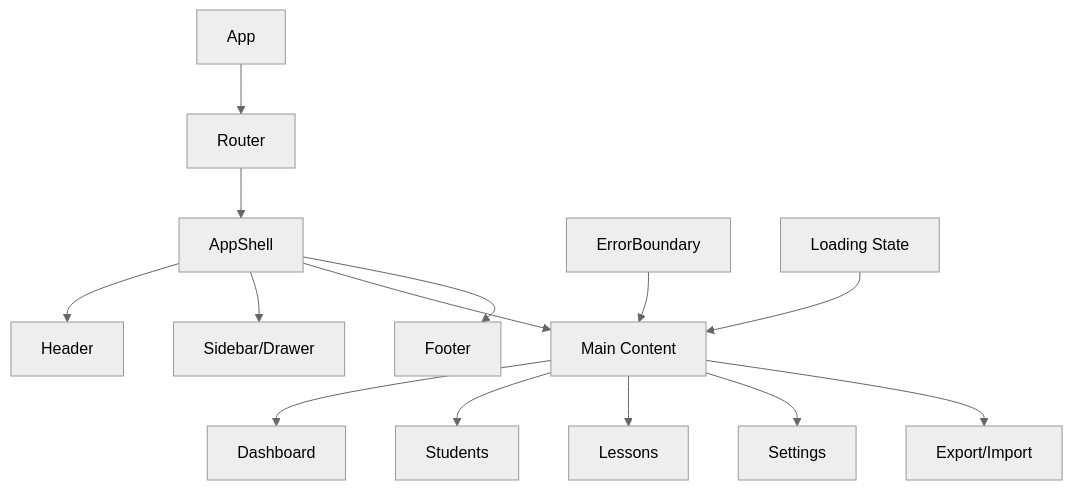
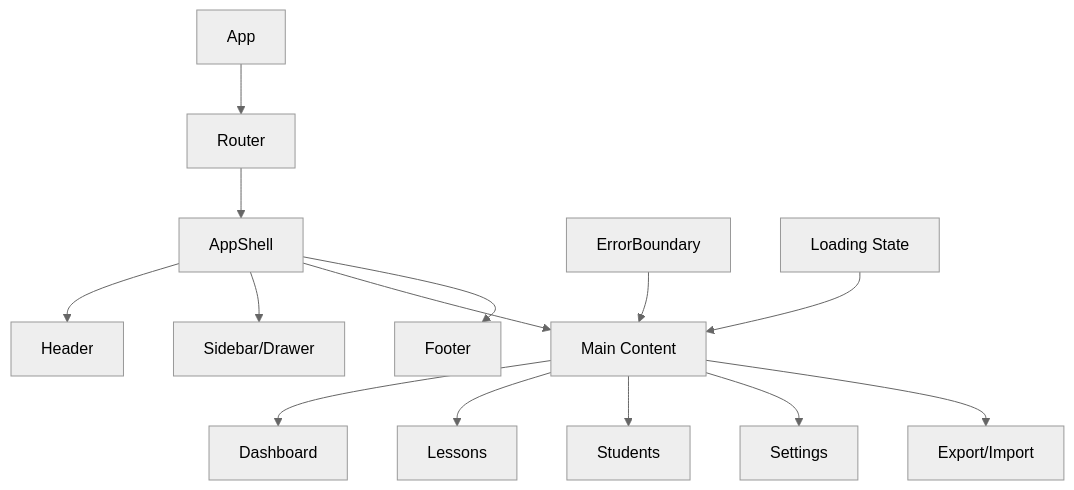
One commit to tonihintikka/opetuslupa_apu changed the first of 2 diagrams in docs/stories/Epic-1-Story-3.md. Above: the diagram before and after it, drawn with Mermaid (neutral theme). The commit also changed other lines of this file and 5 other files, not shown here.

````diff
--- a/docs/stories/Epic-1-Story-3.md
+++ b/docs/stories/Epic-1-Story-3.md
@@ -118,19 +123,19 @@
 ```mermaid
 graph TD
     A[App] --> B[Router]
     B --> C[AppShell]
     
     C --> D[Header]
     C --> E[Sidebar/Drawer]
     C --> F[Main Content]
     C --> G[Footer]
     
     F --> H[Dashboard]
-    F --> I[Students]
-    F --> J[Lessons]
+    F --> I[Lessons]
+    F --> J[Students]
     F --> K[Settings]
     F --> L[Export/Import]
     
     M[ErrorBoundary] --> F
     N[Loading State] --> F
 ```
````
